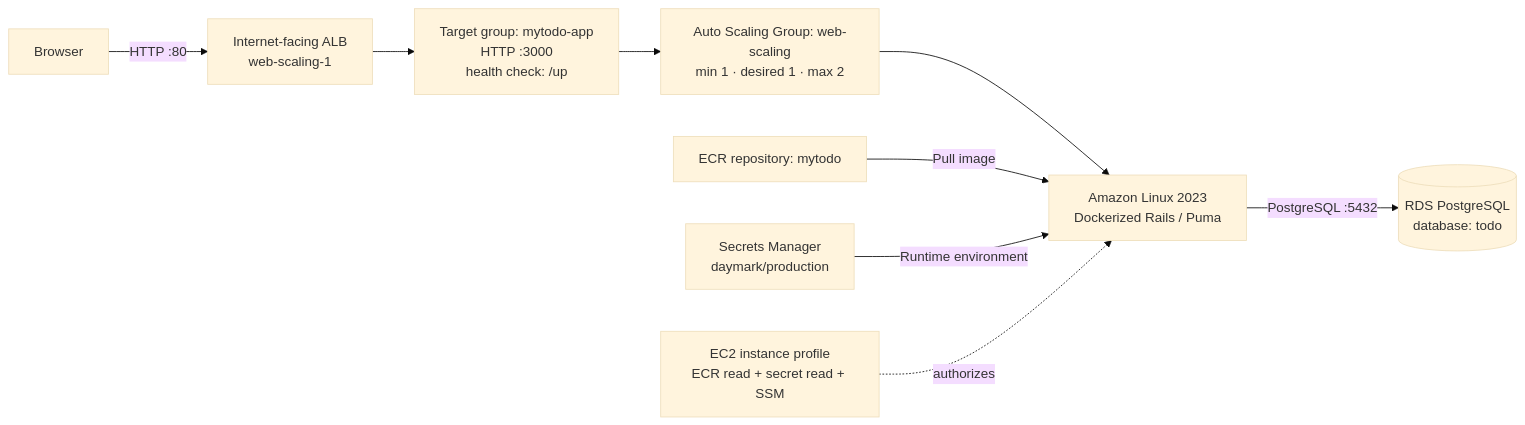
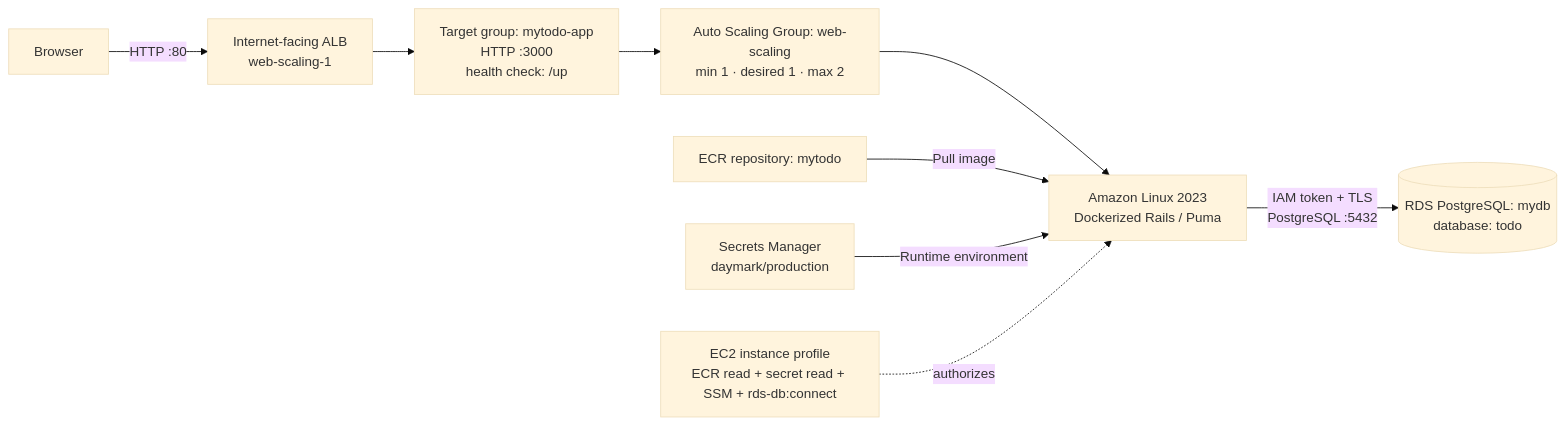
Before and after one commit to zeroexceptions/saa-c03: the diagram in ec2/ec2-with-asg/README.md, drawn with Mermaid (base theme). The commit also changed other lines of this file and 10 other files, not shown here.

Commit message:
iam db connect

````diff
--- a/ec2/ec2-with-asg/README.md
+++ b/ec2/ec2-with-asg/README.md
@@ -9,11 +9,11 @@
 ```mermaid
 flowchart LR
     User[Browser] -->|HTTP :80| ALB[Internet-facing ALB<br/>web-scaling-1]
     ALB --> TG[Target group: mytodo-app<br/>HTTP :3000<br/>health check: /up]
     TG --> ASG[Auto Scaling Group: web-scaling<br/>min 1 · desired 1 · max 2]
     ASG --> EC2[Amazon Linux 2023<br/>Dockerized Rails / Puma]
-    EC2 -->|PostgreSQL :5432| RDS[(RDS PostgreSQL<br/>database: todo)]
+    EC2 -->|IAM token + TLS<br/>PostgreSQL :5432| RDS[(RDS PostgreSQL: mydb<br/>database: todo)]
     ECR[ECR repository: mytodo] -->|Pull image| EC2
     SM[Secrets Manager<br/>daymark/production] -->|Runtime environment| EC2
-    IAM[EC2 instance profile<br/>ECR read + secret read + SSM] -. authorizes .-> EC2
+    IAM[EC2 instance profile<br/>ECR read + secret read + SSM + rds-db:connect] -. authorizes .-> EC2
 ```
````
